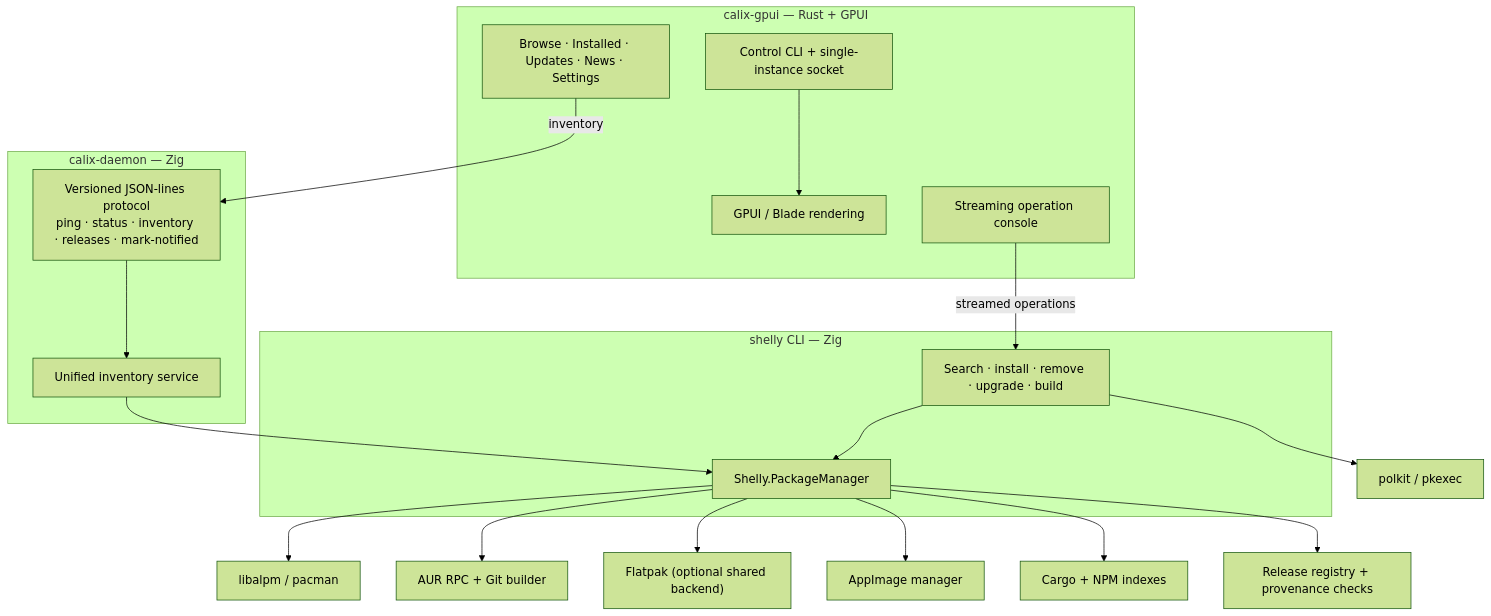
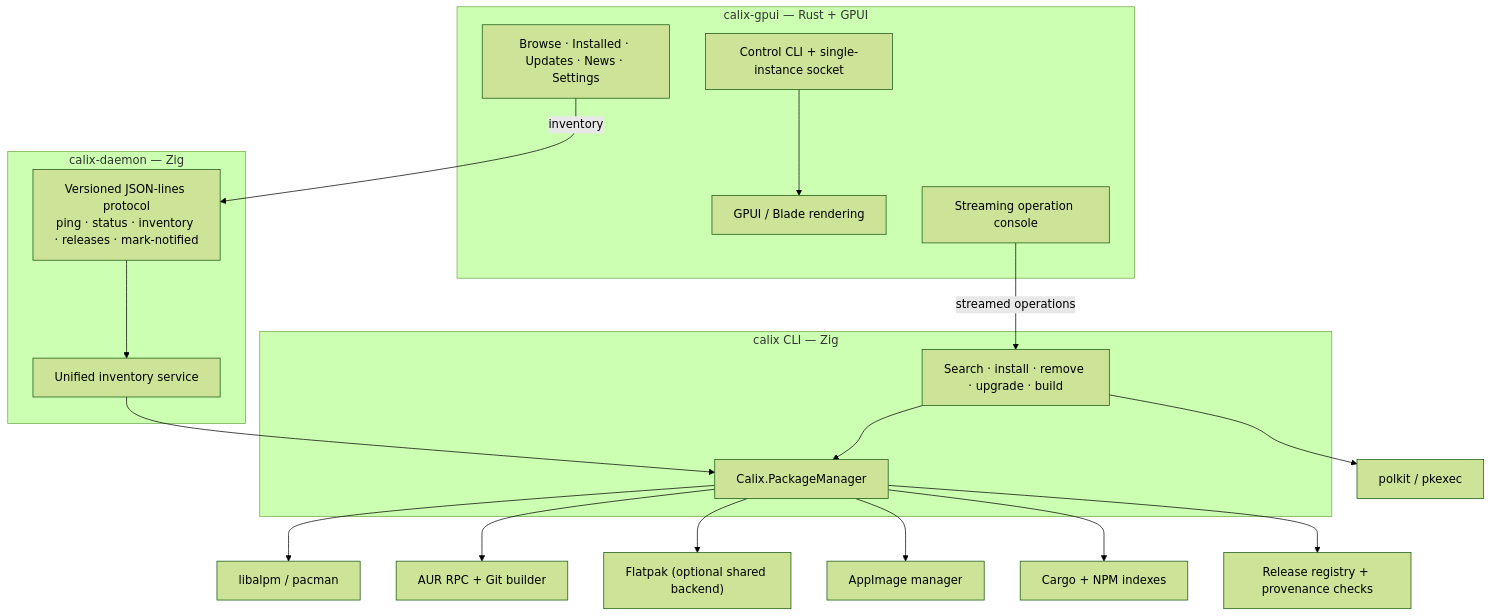
One commit to gnu6dotlive/calix changed the diagram in README.md. Above: the diagram before and after it, drawn with Mermaid (forest theme). The commit also changed other lines of this file and 571 other files, not shown here.

First line of the commit message:
refactor: rename the live tree from Shelly to Calix

````diff
--- a/README.md
+++ b/README.md
@@ -141,34 +138,34 @@
 ```mermaid
 graph TD
     subgraph UI["calix-gpui — Rust + GPUI"]
         GPUI["GPUI / Blade rendering"]
         Workspace["Browse · Installed · Updates · News · Settings"]
         Console["Streaming operation console"]
         Control["Control CLI + single-instance socket"]
     end
 
     subgraph Daemon["calix-daemon — Zig"]
         Protocol["Versioned JSON-lines protocol<br/>ping · status · inventory · releases · mark-notified"]
         Inventory["Unified inventory service"]
     end
 
-    subgraph Backend["shelly CLI — Zig"]
+    subgraph Backend["calix CLI — Zig"]
         CLI["Search · install · remove · upgrade · build"]
-        Lib["Shelly.PackageManager"]
+        Lib["Calix.PackageManager"]
     end
 
     Workspace -->|inventory| Protocol
     Protocol --> Inventory
     Console -->|streamed operations| CLI
     Control --> GPUI
     CLI --> Lib
     Inventory --> Lib
 
     Lib --> ALPM["libalpm / pacman"]
     Lib --> AUR["AUR RPC + Git builder"]
     Lib --> FP["Flatpak (optional shared backend)"]
     Lib --> AI["AppImage manager"]
     Lib --> CN["Cargo + NPM indexes"]
     Lib --> REL["Release registry + provenance checks"]
     CLI --> Polkit["polkit / pkexec"]
 ```
````
